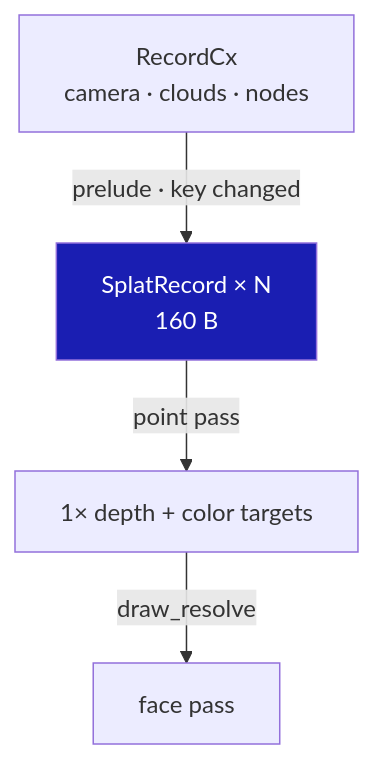
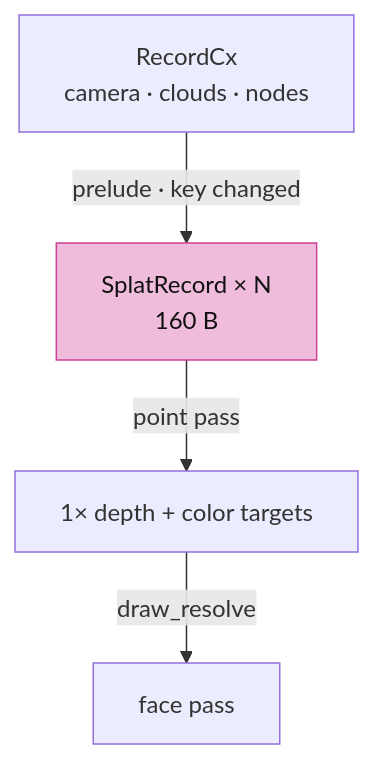
One commit to petrasvestartas/session changed the fourth of 6 diagrams in session_viewer/docs/04d-clouds.md. Above: the diagram before and after it, drawn with Mermaid. The commit also changed other lines of this file and 23 other files, not shown here.

Commit message:
Course: Mermaid nodes white with black text, highlighted nodes pink, white arrows and edge labels on the black ground

````diff
--- a/session_viewer/docs/04d-clouds.md
+++ b/session_viewer/docs/04d-clouds.md
@@ -88,7 +88,7 @@
 ```mermaid
 flowchart TB
     RC["RecordCx<br/>camera · clouds · nodes"] -- "prelude · key changed" --> SR["SplatRecord × N<br/>160 B"]
     SR -- "point pass" --> PT["1× depth + color targets"]
     PT -- "draw_resolve" --> FP["face pass"]
-    style SR fill:#1a1eb2,color:#fff
+    style SR fill:#f0bcdb,stroke:#ce4095,color:#111
 ```
````
